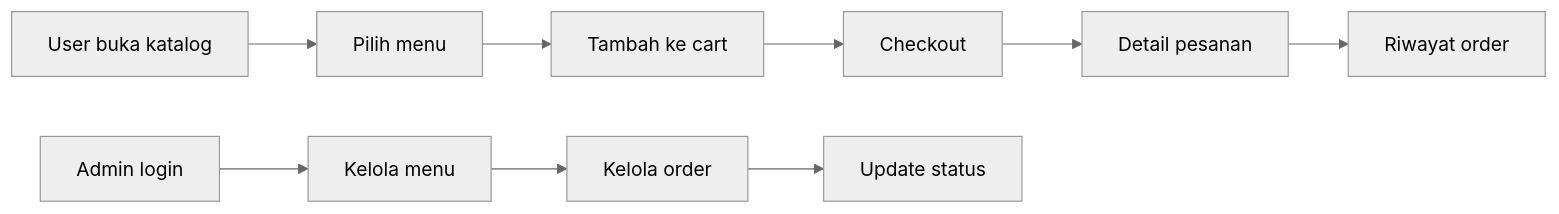
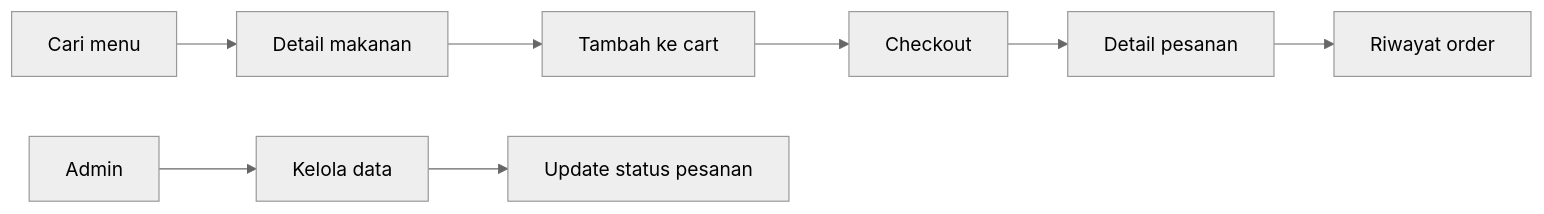
Before and after one commit to tegokkk/CARIMAKAN: the diagram in README.md, drawn with Mermaid (neutral theme). The commit also changed other lines of this file and 2 other files, not shown here.

````diff
--- a/README.md
+++ b/README.md
@@ -50,12 +41,11 @@
 ```mermaid
 flowchart LR
-  A["User buka katalog"] --> B["Pilih menu"]
+  A["Cari menu"] --> B["Detail makanan"]
   B --> C["Tambah ke cart"]
   C --> D["Checkout"]
   D --> E["Detail pesanan"]
   E --> F["Riwayat order"]
 
-  G["Admin login"] --> H["Kelola menu"]
-  H --> I["Kelola order"]
-  I --> J["Update status"]
+  G["Admin"] --> H["Kelola data"]
+  H --> I["Update status pesanan"]
 ```
````
